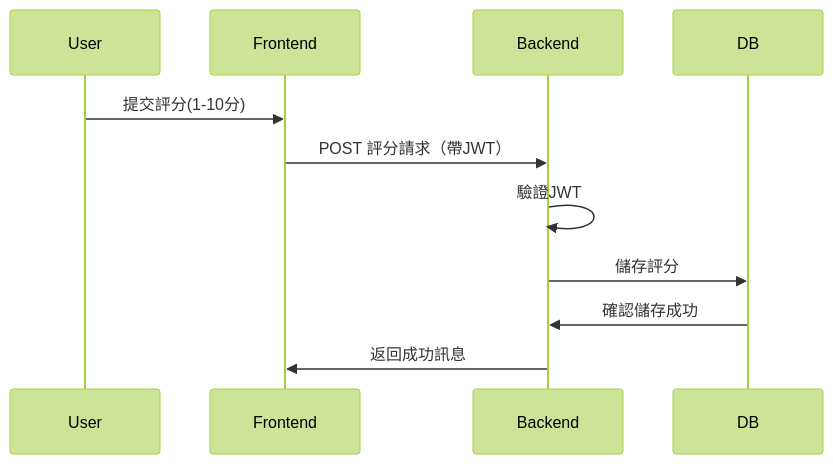
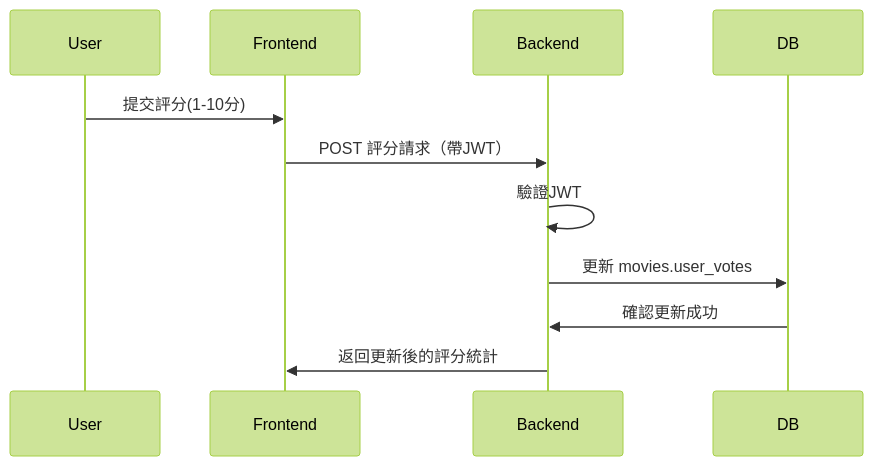
The fourth of 4 diagrams in Architecture.md (poordog777/movie-viewer), drawn with Mermaid (forest theme) before and after one commit. The commit also changed other lines of this file and 16 other files, not shown here.

Commit message:
Implement movie rating feature: drop ratings table, add userVotes to movies, and update API for rating movies

````diff
--- a/Architecture.md
+++ b/Architecture.md
@@ -135,14 +128,14 @@
 ```mermaid
 sequenceDiagram
     participant User
     participant Frontend
     participant Backend
     participant DB
 
     User->>Frontend: 提交評分(1-10分)
     Frontend->>Backend: POST 評分請求（帶JWT）
     Backend->>Backend: 驗證JWT
-    Backend->>DB: 儲存評分
-    DB->>Backend: 確認儲存成功
-    Backend->>Frontend: 返回成功訊息
+    Backend->>DB: 更新 movies.user_votes
+    DB->>Backend: 確認更新成功
+    Backend->>Frontend: 返回更新後的評分統計
 ```
````
